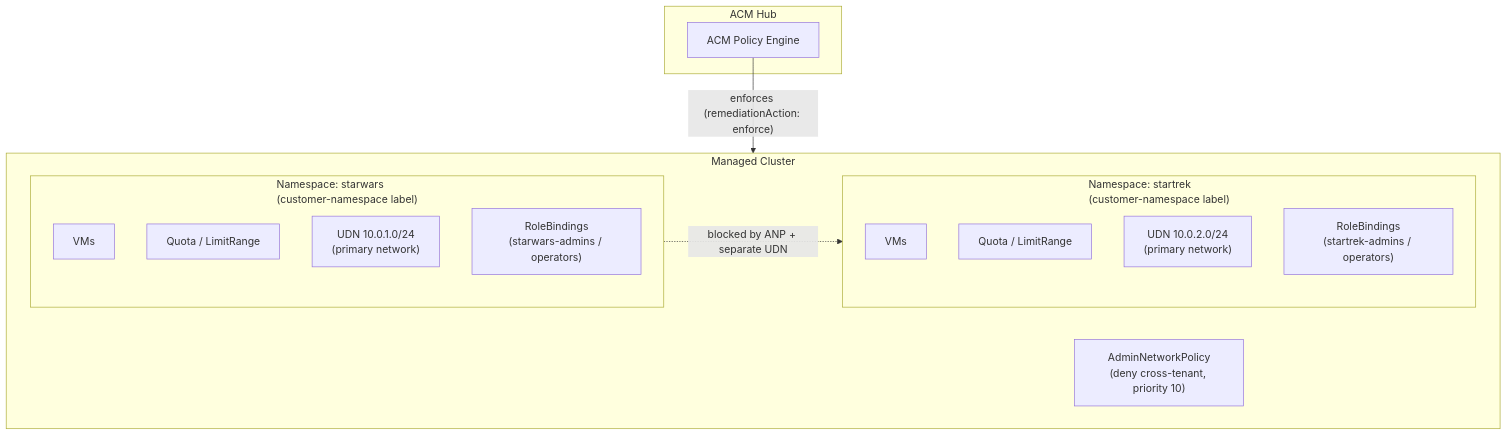
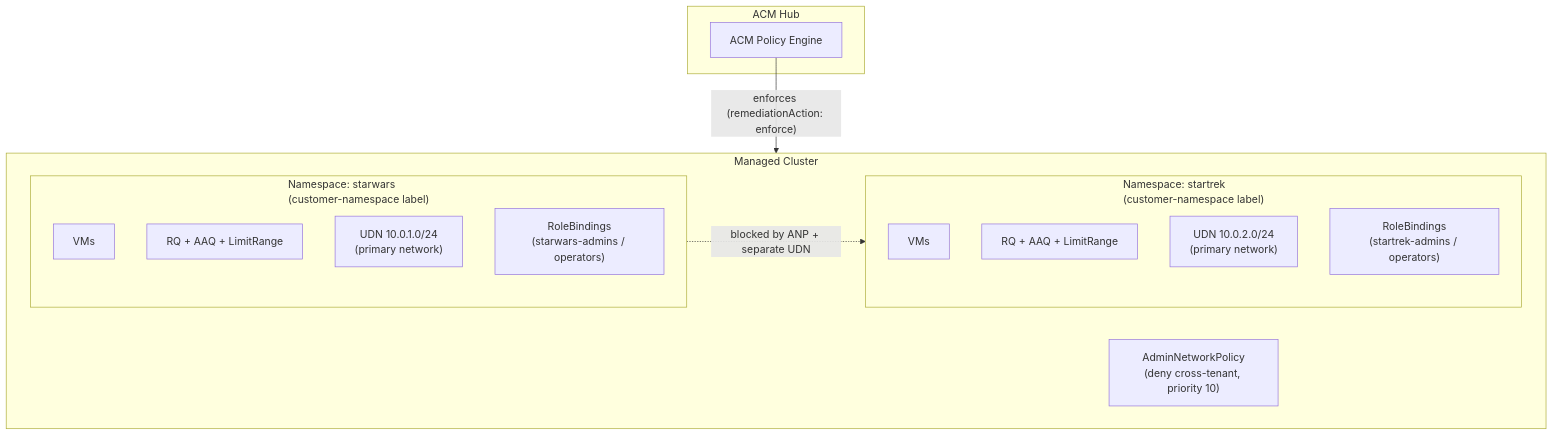
The first of 3 diagrams in docs/tenancy-model.md (ngner/tenancy-by-acm-policy), drawn with Mermaid before and after one commit. The commit also changed other lines of this file and 7 other files, not shown here.

````diff
--- a/docs/tenancy-model.md
+++ b/docs/tenancy-model.md
@@ -56,23 +56,23 @@
 ```mermaid
 flowchart TD
     subgraph hub [ACM Hub]
         policy[ACM Policy Engine]
     end
     subgraph managed [Managed Cluster]
         anp["AdminNetworkPolicy\n(deny cross-tenant, priority 10)"]
         subgraph tenantA ["Namespace: starwars\n(customer-namespace label)"]
             vmA[VMs]
-            quotaA["Quota / LimitRange"]
+            quotaA["RQ + AAQ + LimitRange"]
             udnA["UDN 10.0.1.0/24\n(primary network)"]
             rbacA["RoleBindings\n(starwars-admins / operators)"]
         end
         subgraph tenantB ["Namespace: startrek\n(customer-namespace label)"]
             vmB[VMs]
-            quotaB["Quota / LimitRange"]
+            quotaB["RQ + AAQ + LimitRange"]
             udnB["UDN 10.0.2.0/24\n(primary network)"]
             rbacB["RoleBindings\n(startrek-admins / operators)"]
         end
         tenantA -. "blocked by ANP + separate UDN" .-> tenantB
     end
     policy -->|"enforces (remediationAction: enforce)"| managed
 ```
````
